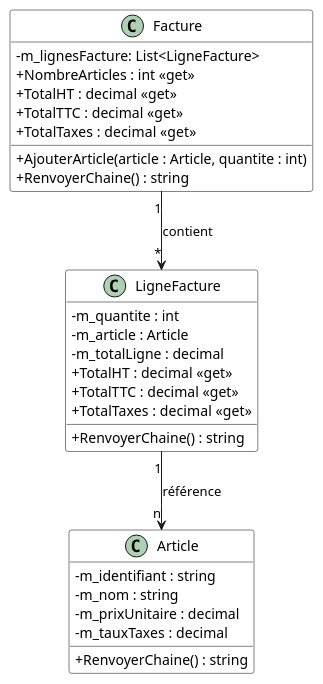
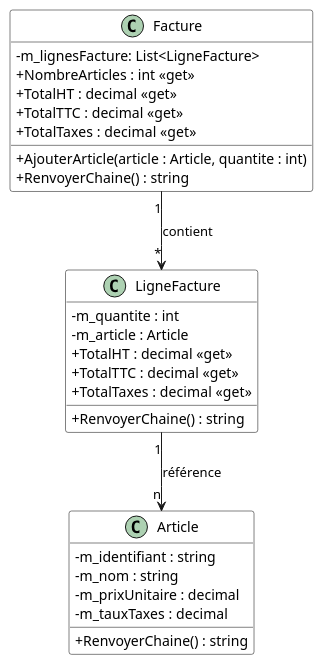
Before and after one commit to PiFou86/420-W20-SF: the diagram in Module03_Association/diag/src/FactureDiagClasses_Exercices.wsd, drawn with PlantUML. The commit also changed 1 other file, not shown here.

```diff
--- a/Module03_Association/diag/src/FactureDiagClasses_Exercices.wsd
+++ b/Module03_Association/diag/src/FactureDiagClasses_Exercices.wsd
@@ -1,36 +1,35 @@
 @startuml FactureDiagClasses
 skinparam classAttributeIconSize 0
 skinparam class {
     BackgroundColor White
     BorderColor #000
 }
 
 Facture "1" --> "*" LigneFacture : contient
 LigneFacture "1" --> "n" Article : référence
 
 class Facture {
     - m_lignesFacture: List<LigneFacture>
     + NombreArticles : int <<get>>
     + TotalHT : decimal <<get>>
     + TotalTTC : decimal <<get>>
     + TotalTaxes : decimal <<get>>
     + AjouterArticle(article : Article, quantite : int)
     + RenvoyerChaine() : string
 }
 class LigneFacture {
     - m_quantite : int
     - m_article : Article
-    - m_totalLigne : decimal
     + TotalHT : decimal <<get>>
     + TotalTTC : decimal <<get>>
     + TotalTaxes : decimal <<get>>
     + RenvoyerChaine() : string
 }
 class Article {
     - m_identifiant : string
     - m_nom : string
     - m_prixUnitaire : decimal
     - m_tauxTaxes : decimal
     + RenvoyerChaine() : string
 }
 @enduml
```
